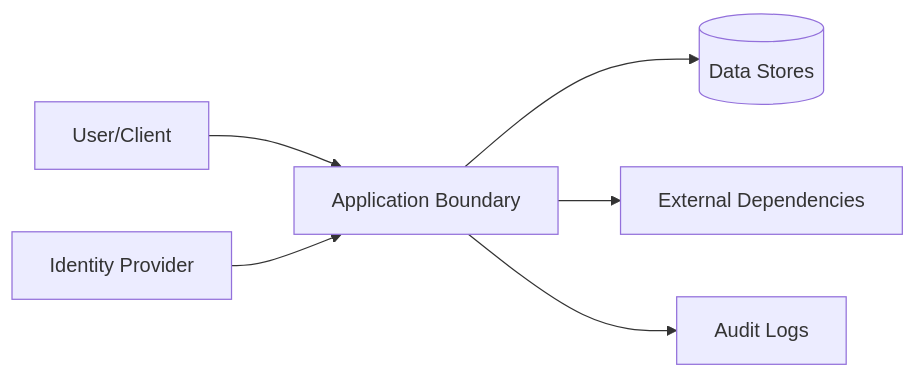
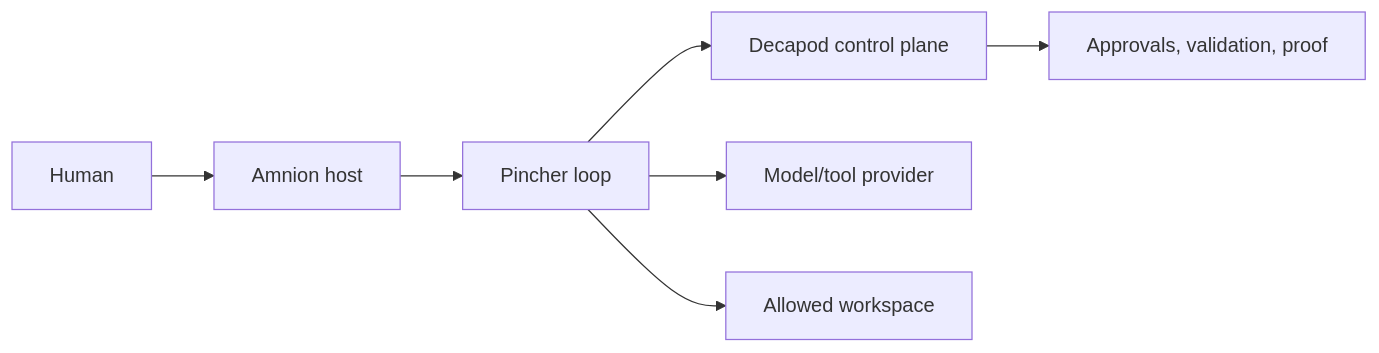
The diagram in .decapod/generated/specs/SECURITY.md (DecapodLabs/pincher), drawn with Mermaid before and after one commit. The commit also changed other lines of this file and 19 other files, not shown here.

Commit message:
docs: split pincher loop engine from amnion UI

````diff
--- a/.decapod/generated/specs/SECURITY.md
+++ b/.decapod/generated/specs/SECURITY.md
@@ -24,8 +25,9 @@
 ```mermaid
 flowchart LR
-   U[User/Client] --> A[Application Boundary]
-   A --> D[(Data Stores)]
-   A --> X[External Dependencies]
-   I[Identity Provider] --> A
-   A --> L[Audit Logs]
+  HUMAN[Human] --> HOST[Amnion host]
+  HOST --> PINCHER[Pincher loop]
+  PINCHER --> DECAPOD[Decapod control plane]
+  PINCHER --> PROVIDER[Model/tool provider]
+  PINCHER --> REPO[Allowed workspace]
+  DECAPOD --> AUDIT[Approvals, validation, proof]
 ```
````
